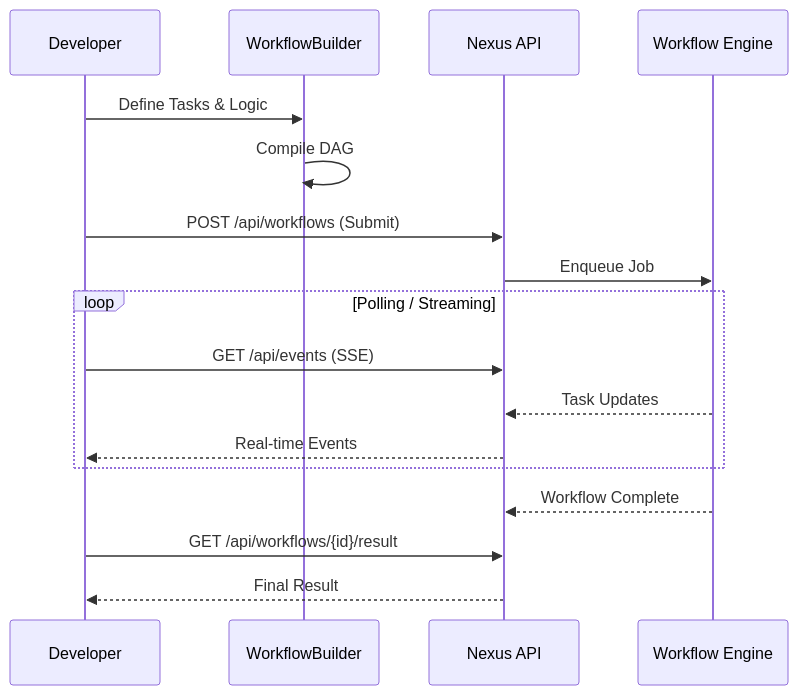
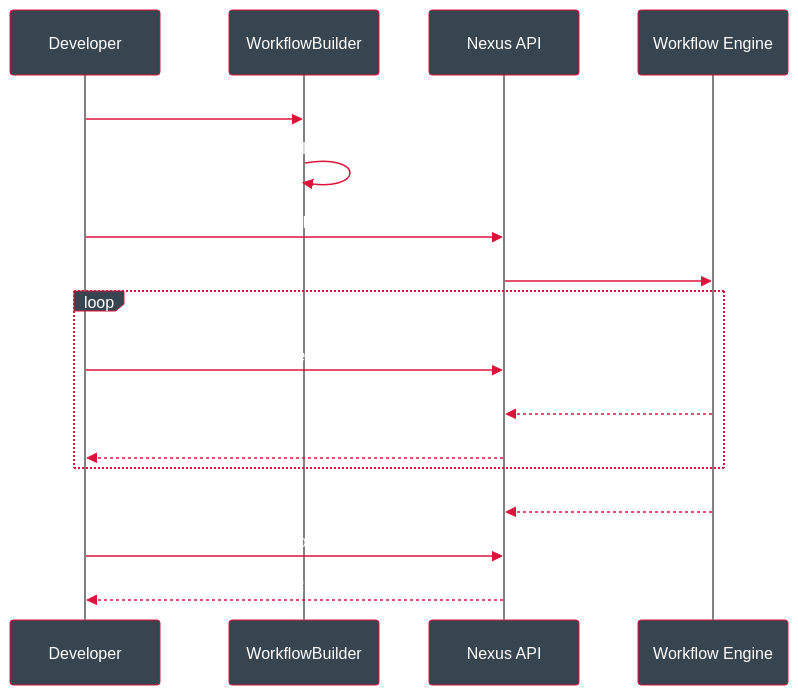
Before and after one commit to Rishikoli/Nexus_ray: the diagram in docs/SDK_API.md, drawn with Mermaid. The commit also changed other lines of this file and 1 other file, not shown here.

Commit message:
docs: apply crimson + graphite theme to all Mermaid diagrams

````diff
--- a/docs/SDK_API.md
+++ b/docs/SDK_API.md
@@ -14,22 +14,23 @@
 ```mermaid
+%%{init: {'theme':'base', 'themeVariables': {'primaryColor':'#DC143C','primaryTextColor':'#fff','primaryBorderColor':'#8B0000','lineColor':'#36454F','secondaryColor':'#36454F','tertiaryColor':'#2F4F4F','background':'#1a1a1a','mainBkg':'#DC143C','secondBkg':'#36454F','actorBorder':'#DC143C','actorBkg':'#36454F','actorTextColor':'#fff','actorLineColor':'#808080','signalColor':'#DC143C','signalTextColor':'#fff','labelBoxBkgColor':'#36454F','labelBoxBorderColor':'#DC143C','labelTextColor':'#fff','loopTextColor':'#fff','noteBorderColor':'#DC143C','noteBkgColor':'#2F4F4F','noteTextColor':'#fff','activationBorderColor':'#DC143C','activationBkgColor':'#36454F','sequenceNumberColor':'#1a1a1a'}}}%%
 sequenceDiagram
     participant Dev as Developer
     participant SDK as WorkflowBuilder
     participant API as Nexus API
     participant Engine as Workflow Engine
 
     Dev->>SDK: Define Tasks & Logic
     SDK->>SDK: Compile DAG
     Dev->>API: POST /api/workflows (Submit)
     API->>Engine: Enqueue Job
     
     loop Polling / Streaming
         Dev->>API: GET /api/events (SSE)
         Engine-->>API: Task Updates
         API-->>Dev: Real-time Events
     end
     
     Engine-->>API: Workflow Complete
     Dev->>API: GET /api/workflows/{id}/result
     API-->>Dev: Final Result
 ```
````
